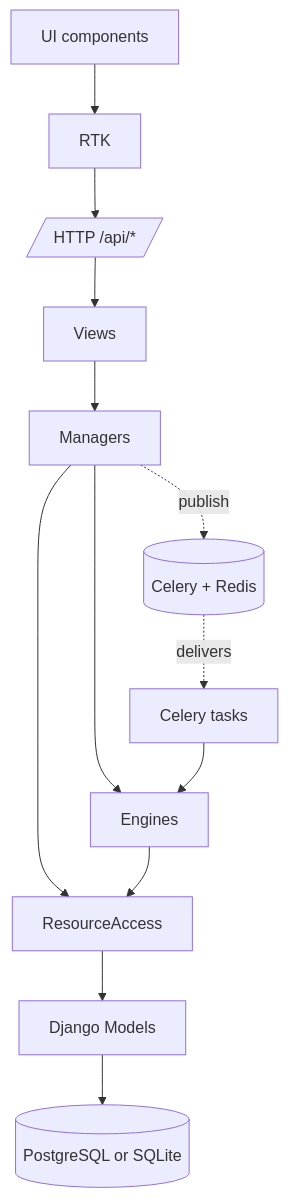
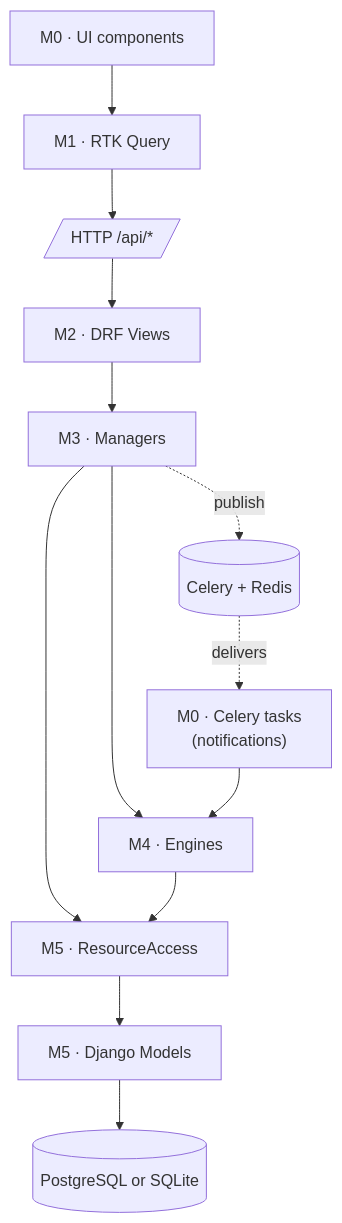
The third of 3 diagrams in docs/01-architecture.md (Jihed17/bna-bank), drawn with Mermaid before and after one commit. The commit also changed other lines of this file and 65 other files, not shown here.

````diff
--- a/docs/01-architecture.md
+++ b/docs/01-architecture.md
@@ -87,16 +122,16 @@
 ```mermaid
 flowchart TD
-    UI[UI components] --> RTK
+    UI["M0 · UI components"] --> RTK["M1 · RTK Query"]
     RTK --> HTTP_API[/HTTP /api/*/]
-    HTTP_API --> Views
-    Views --> Managers
-    Managers --> Engines
-    Managers --> ResAccess[ResourceAccess]
+    HTTP_API --> Views["M2 · DRF Views"]
+    Views --> Managers["M3 · Managers"]
+    Managers --> Engines["M4 · Engines"]
+    Managers --> ResAccess["M5 · ResourceAccess"]
     Engines --> ResAccess
-    ResAccess --> Models[Django Models]
+    ResAccess --> Models["M5 · Django Models"]
     Models --> DB[(PostgreSQL or SQLite)]
 
     Managers -. publish .-> Bus[(Celery + Redis)]
-    Bus -. delivers .-> Tasks[Celery tasks]
+    Bus -. delivers .-> Tasks["M0 · Celery tasks<br/>(notifications)"]
     Tasks --> Engines
 ```
````
